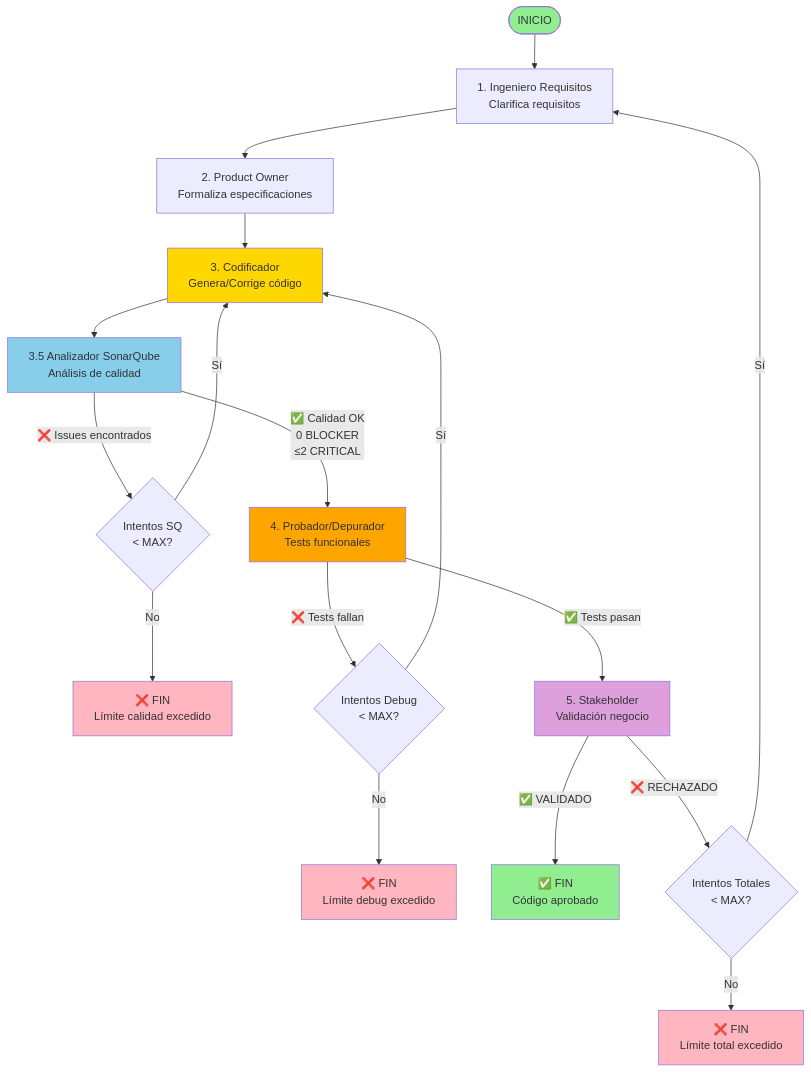
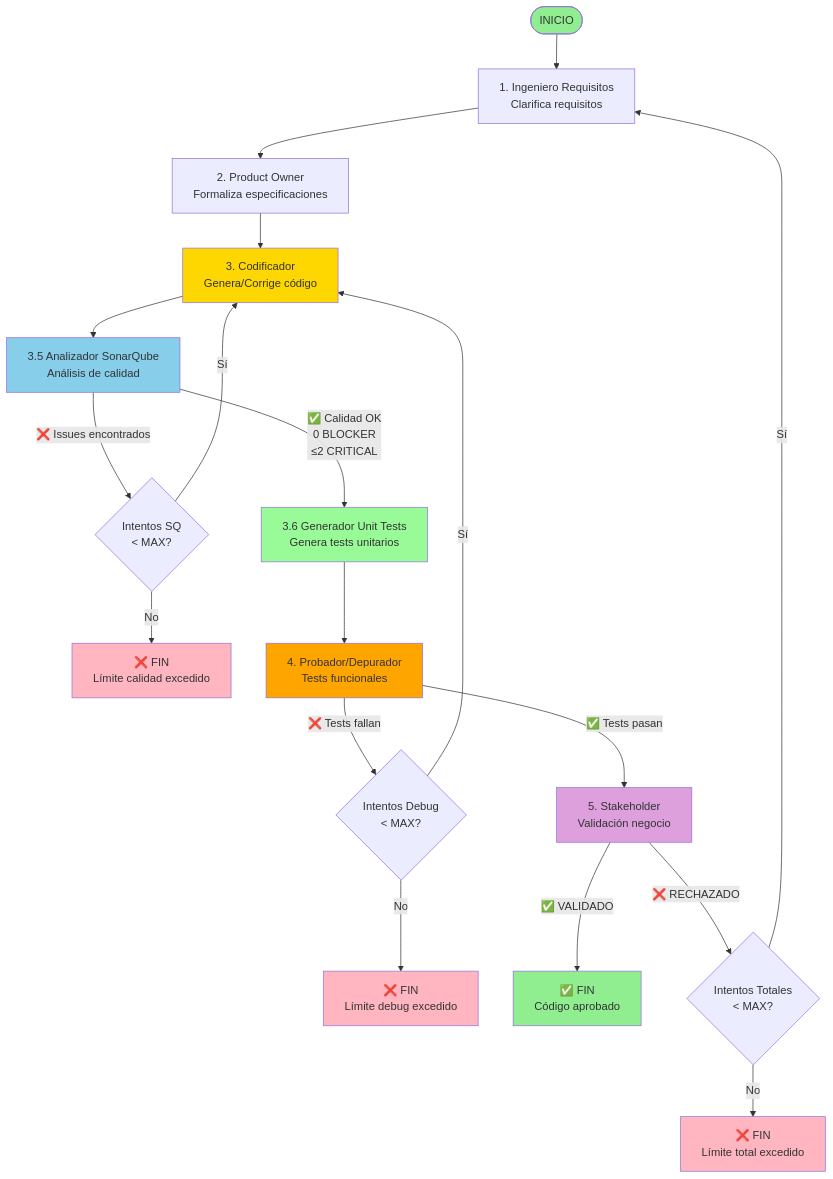
The diagram in FLOW_DIAGRAM.md (DavidVelazquezBernal/Capstone-proyect), drawn with Mermaid before and after one commit. The commit also changed other lines of this file and 14 other files, not shown here.

First line of the commit message:
feat: Add Generador de Unit Tests node to automate unit test generation

````diff
--- a/FLOW_DIAGRAM.md
+++ b/FLOW_DIAGRAM.md
@@ -5,33 +5,36 @@
 ```mermaid
 graph TD
     START([INICIO]) --> IR[1. Ingeniero Requisitos<br/>Clarifica requisitos]
     IR --> PO[2. Product Owner<br/>Formaliza especificaciones]
     PO --> COD[3. Codificador<br/>Genera/Corrige código]
     
     COD --> SQ[3.5 Analizador SonarQube<br/>Análisis de calidad]
     
-    SQ -->|✅ Calidad OK<br/>0 BLOCKER<br/>≤2 CRITICAL| PROB[4. Probador/Depurador<br/>Tests funcionales]
+    SQ -->|✅ Calidad OK<br/>0 BLOCKER<br/>≤2 CRITICAL| GUT[3.6 Generador Unit Tests<br/>Genera tests unitarios]
     SQ -->|❌ Issues encontrados| SQCHECK{Intentos SQ<br/>< MAX?}
     SQCHECK -->|Sí| COD
     SQCHECK -->|No| ENDLIMIT1[❌ FIN<br/>Límite calidad excedido]
+    
+    GUT --> PROB[4. Probador/Depurador<br/>Tests funcionales]
     
     PROB -->|✅ Tests pasan| SH[5. Stakeholder<br/>Validación negocio]
     PROB -->|❌ Tests fallan| DEBUGCHECK{Intentos Debug<br/>< MAX?}
     DEBUGCHECK -->|Sí| COD
     DEBUGCHECK -->|No| ENDLIMIT2[❌ FIN<br/>Límite debug excedido]
     
     SH -->|✅ VALIDADO| ENDSUCCESS[✅ FIN<br/>Código aprobado]
     SH -->|❌ RECHAZADO| ATTEMPTCHECK{Intentos Totales<br/>< MAX?}
     ATTEMPTCHECK -->|Sí| IR
     ATTEMPTCHECK -->|No| ENDFINAL[❌ FIN<br/>Límite total excedido]
     
     style START fill:#90EE90
     style ENDSUCCESS fill:#90EE90
     style ENDLIMIT1 fill:#FFB6C1
     style ENDLIMIT2 fill:#FFB6C1
     style ENDFINAL fill:#FFB6C1
     style SQ fill:#87CEEB
+    style GUT fill:#98FB98
     style COD fill:#FFD700
     style PROB fill:#FFA500
     style SH fill:#DDA0DD
 ```
````
